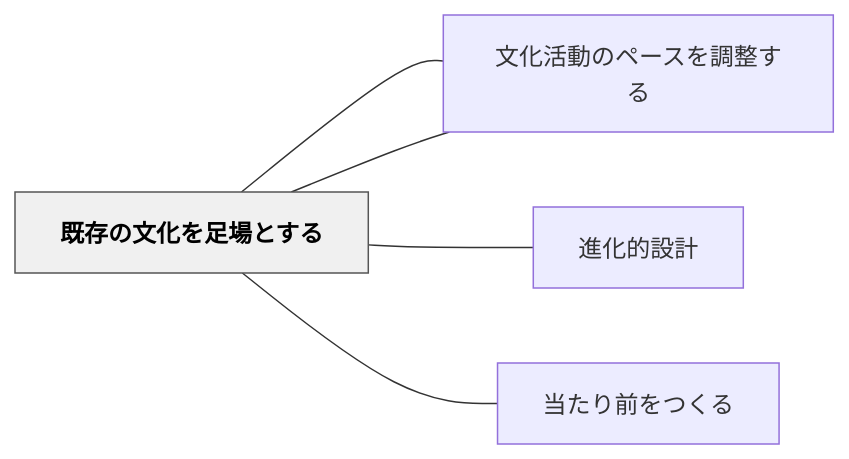
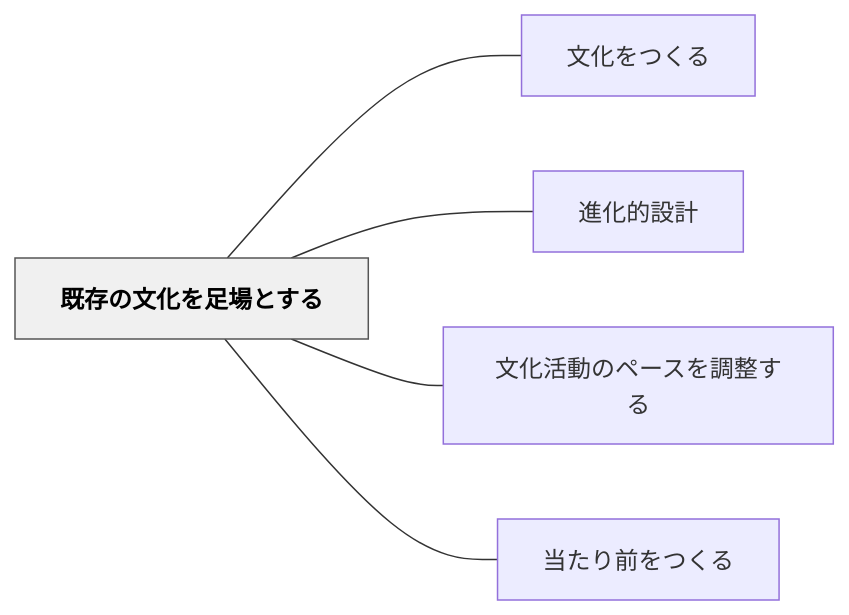
The diagram in content/パタン/既存の文化を足場とする.md (unknownthings-ed-patterns/unknownthings-ed-patterns), drawn with Mermaid before and after one commit. The commit also changed 527 other files, not shown here.

````diff
--- a/content/パタン/既存の文化を足場とする.md
+++ b/content/パタン/既存の文化を足場とする.md
@@ -54,16 +54,16 @@
 ```mermaid
 flowchart LR
-    ne697a2e5ad98["既存の文化を足場とする"]
-    ne69687e58c96["文化をつくる"]
-    ne980b2e58c96["進化的設計"]
-    ne69687e58c96["文化活動のペースを調整する"]
-    ne5bd93e3819f["当たり前をつくる"]
+    ne697a2e5ad98e381aee69687e58c96e38292e8b6b3e5a0b4e381a8e38199e3828b["既存の文化を足場とする"]
+    ne69687e58c96e38292e381a4e3818fe3828b["文化をつくる"]
+    ne980b2e58c96e79a84e8a8ade8a888["進化的設計"]
+    ne69687e58c96e6b4bbe58b95e381aee3839ae383bce382b9e38292e8aabfe695b4e38199e3828b["文化活動のペースを調整する"]
+    ne5bd93e3819fe3828ae5898de38292e381a4e3818fe3828b["当たり前をつくる"]
 
-    ne697a2e5ad98 --- ne69687e58c96
-    ne697a2e5ad98 --- ne980b2e58c96
-    ne697a2e5ad98 --- ne69687e58c96
-    ne697a2e5ad98 --- ne5bd93e3819f
+    ne697a2e5ad98e381aee69687e58c96e38292e8b6b3e5a0b4e381a8e38199e3828b --- ne69687e58c96e38292e381a4e3818fe3828b
+    ne697a2e5ad98e381aee69687e58c96e38292e8b6b3e5a0b4e381a8e38199e3828b --- ne980b2e58c96e79a84e8a8ade8a888
+    ne697a2e5ad98e381aee69687e58c96e38292e8b6b3e5a0b4e381a8e38199e3828b --- ne69687e58c96e6b4bbe58b95e381aee3839ae383bce382b9e38292e8aabfe695b4e38199e3828b
+    ne697a2e5ad98e381aee69687e58c96e38292e8b6b3e5a0b4e381a8e38199e3828b --- ne5bd93e3819fe3828ae5898de38292e381a4e3818fe3828b
 
     classDef hub fill:#f0f0f0,stroke:#555,color:#000,font-weight:bold
-    class ne697a2e5ad98 hub
+    class ne697a2e5ad98e381aee69687e58c96e38292e8b6b3e5a0b4e381a8e38199e3828b hub
 ```
````
